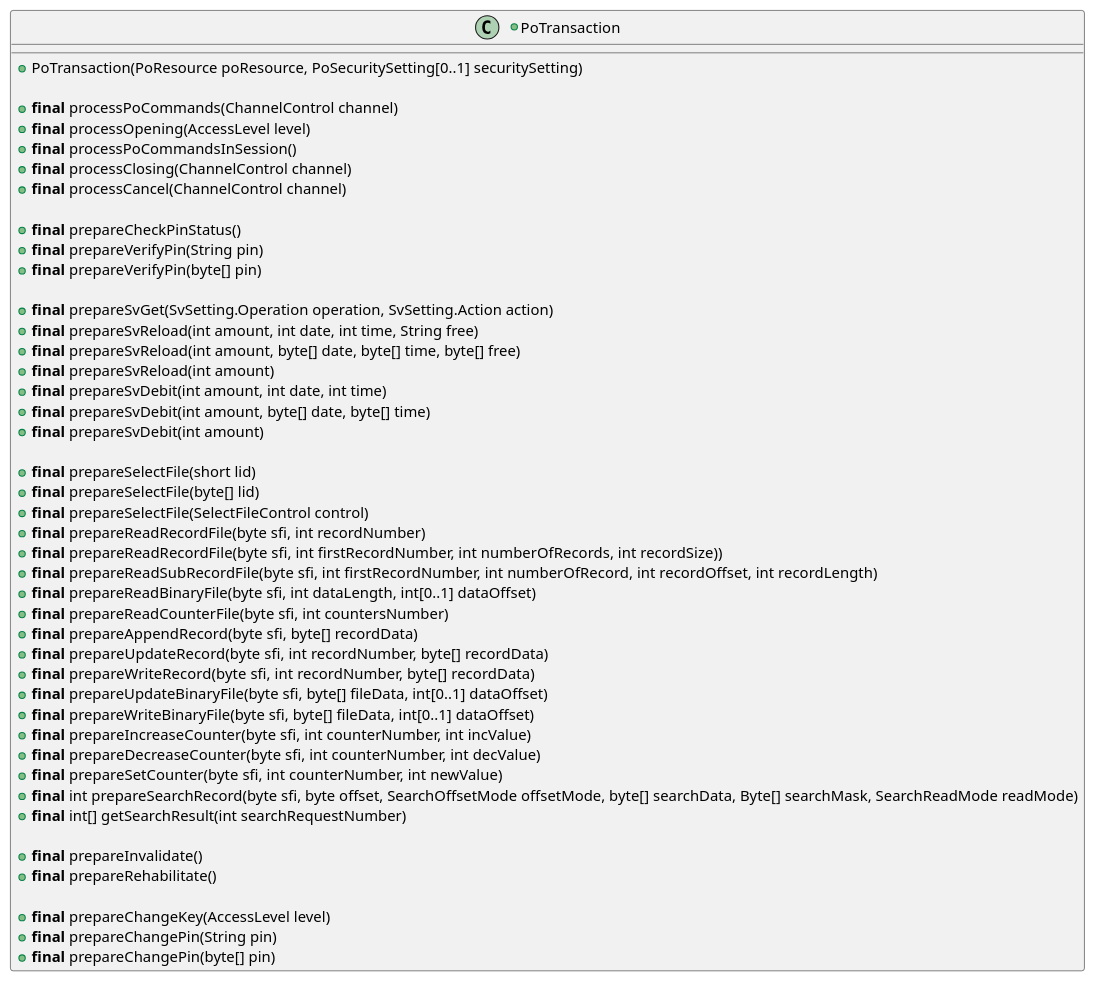
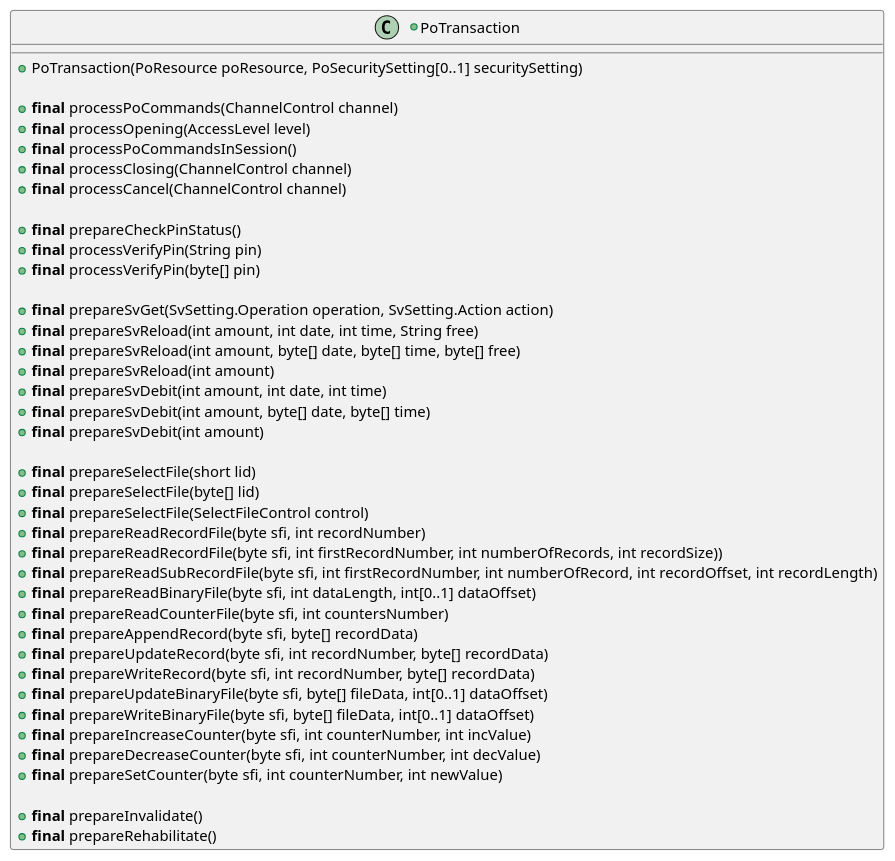
Before and after one commit to calypsonet/keyple: diagram 11 of 21 in src/KeypleCalypsoApi/ApplicationApi/puml/KeypleCalypso-ApplicationApi-ClassDiag-Transaction-ClassElements.iuml, drawn with PlantUML. The commit also changed other lines of this file and 18 other files, not shown here.

Commit message:
SAM selection with unlock feature new Verify PIN API based on process method internal plugin API visibility access fixes

```diff
--- a/src/KeypleCalypsoApi/ApplicationApi/puml/KeypleCalypso-ApplicationApi-ClassDiag-Transaction-ClassElements.iuml
+++ b/src/KeypleCalypsoApi/ApplicationApi/puml/KeypleCalypso-ApplicationApi-ClassDiag-Transaction-ClassElements.iuml
@@ -301,52 +343,52 @@
 @startuml(id=TRANSACTION_POTRANSACTION_0_9_0)
 +class PoTransaction {
   +PoTransaction(PoResource poResource, PoSecuritySetting[0..1] securitySetting)
 
   +<b>final</b> processPoCommands(ChannelControl channel)
   +<b>final</b> processOpening(AccessLevel level)
   +<b>final</b> processPoCommandsInSession()
   +<b>final</b> processClosing(ChannelControl channel)
   +<b>final</b> processCancel(ChannelControl channel)
 
   +<b>final</b> prepareCheckPinStatus()
-  +<b>final</b> prepareVerifyPin(String pin)
-  +<b>final</b> prepareVerifyPin(byte[] pin)
+  +<b>final</b> processVerifyPin(String pin)
+  +<b>final</b> processVerifyPin(byte[] pin)
 
   +<b>final</b> prepareSvGet(SvSetting.Operation operation, SvSetting.Action action)
   +<b>final</b> prepareSvReload(int amount, int date, int time, String free)
   +<b>final</b> prepareSvReload(int amount, byte[] date, byte[] time, byte[] free)
   +<b>final</b> prepareSvReload(int amount)
   +<b>final</b> prepareSvDebit(int amount, int date, int time)
   +<b>final</b> prepareSvDebit(int amount, byte[] date, byte[] time)
   +<b>final</b> prepareSvDebit(int amount)
 
   +<b>final</b> prepareSelectFile(short lid)
   +<b>final</b> prepareSelectFile(byte[] lid)
   +<b>final</b> prepareSelectFile(SelectFileControl control)
   'lecture d'un record hors session (Le à 00h)
   +<b>final</b> prepareReadRecordFile(byte sfi, int recordNumber)
   'exception si recordSize erronée
   +<b>final</b> prepareReadRecordFile(byte sfi, int firstRecordNumber, int numberOfRecords, int recordSize))
   +<b>final</b> prepareReadSubRecordFile(byte sfi, int firstRecordNumber, int numberOfRecord, int recordOffset, int recordLength)
   +<b>final</b> prepareReadBinaryFile(byte sfi, int dataLength, int[0..1] dataOffset)
   'compteur simulé : exception si countersNumber<>1 et si countersNumber <> 1
   +<b>final</b> prepareReadCounterFile(byte sfi, int countersNumber)
   +<b>final</b> prepareAppendRecord(byte sfi, byte[] recordData)
   +<b>final</b> prepareUpdateRecord(byte sfi, int recordNumber, byte[] recordData)
   +<b>final</b> prepareWriteRecord(byte sfi, int recordNumber, byte[] recordData)
   +<b>final</b> prepareUpdateBinaryFile(byte sfi, byte[] fileData, int[0..1] dataOffset)
   +<b>final</b> prepareWriteBinaryFile(byte sfi, byte[] fileData, int[0..1] dataOffset)
   +<b>final</b> prepareIncreaseCounter(byte sfi, int counterNumber, int incValue)
   +<b>final</b> prepareDecreaseCounter(byte sfi, int counterNumber, int decValue)
   +<b>final</b> prepareSetCounter(byte sfi, int counterNumber, int newValue)
-  +<b>final</b> int prepareSearchRecord(byte sfi, byte offset, SearchOffsetMode offsetMode, byte[] searchData, Byte[] searchMask, SearchReadMode readMode)
-  +<b>final</b> int[] getSearchResult(int searchRequestNumber)
+'  +<b>final</b> int prepareSearchRecord(byte sfi, byte offset, SearchOffsetMode offsetMode, byte[] searchData, Byte[] searchMask, SearchReadMode readMode)
+'  +<b>final</b> int[] getSearchResult(int searchRequestNumber)
 
   +<b>final</b> prepareInvalidate()
   +<b>final</b> prepareRehabilitate()
 
-  +<b>final</b> prepareChangeKey(AccessLevel level)
-  +<b>final</b> prepareChangePin(String pin)
-  +<b>final</b> prepareChangePin(byte[] pin)
+'  +<b>final</b> prepareChangeKey(AccessLevel level)
+'  +<b>final</b> prepareChangePin(String pin)
+'  +<b>final</b> prepareChangePin(byte[] pin)
 }
 @enduml
```
